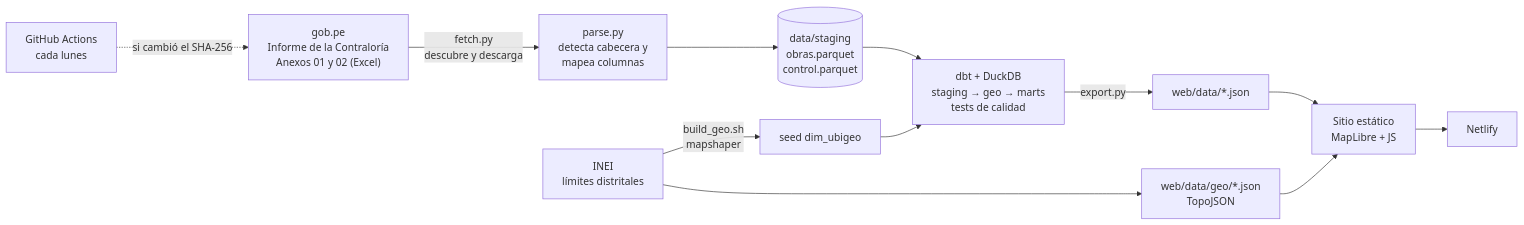
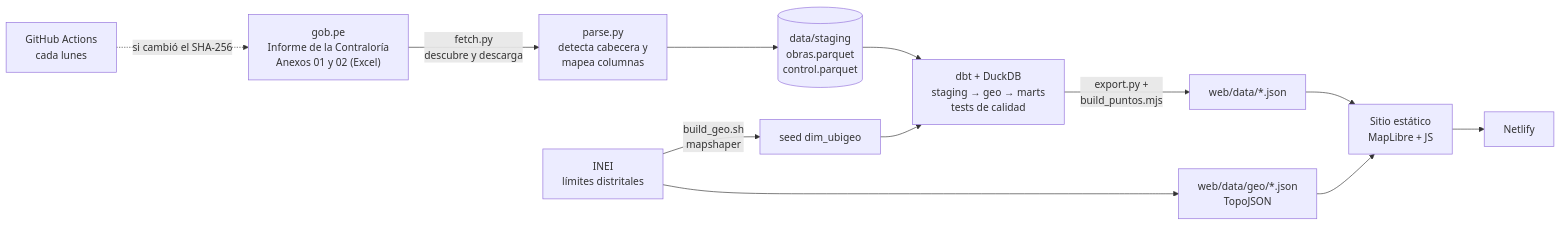
One commit to Key-qr/obra-parada changed the diagram in README.md. Above: the diagram before and after it, drawn with Mermaid. The commit also changed other lines of this file and 19 other files, not shown here.

````diff
--- a/README.md
+++ b/README.md
@@ -60,14 +78,14 @@
 ```mermaid
 flowchart LR
     A["gob.pe<br/>Informe de la Contraloría<br/>Anexos 01 y 02 (Excel)"] -->|"fetch.py<br/>descubre y descarga"| B["parse.py<br/>detecta cabecera y<br/>mapea columnas"]
     B --> C[("data/staging<br/>obras.parquet<br/>control.parquet")]
     G["INEI<br/>límites distritales"] -->|"build_geo.sh<br/>mapshaper"| S["seed dim_ubigeo"]
     C --> D["dbt + DuckDB<br/>staging → geo → marts<br/>tests de calidad"]
     S --> D
-    D -->|"export.py"| E["web/data/*.json"]
+    D -->|"export.py +<br/>build_puntos.mjs"| E["web/data/*.json"]
     G --> T["web/data/geo/*.json<br/>TopoJSON"]
     E --> W["Sitio estático<br/>MapLibre + JS"]
     T --> W
     W --> N["Netlify"]
     GH["GitHub Actions<br/>cada lunes"] -.->|"si cambió el SHA-256"| A
 ```
````
